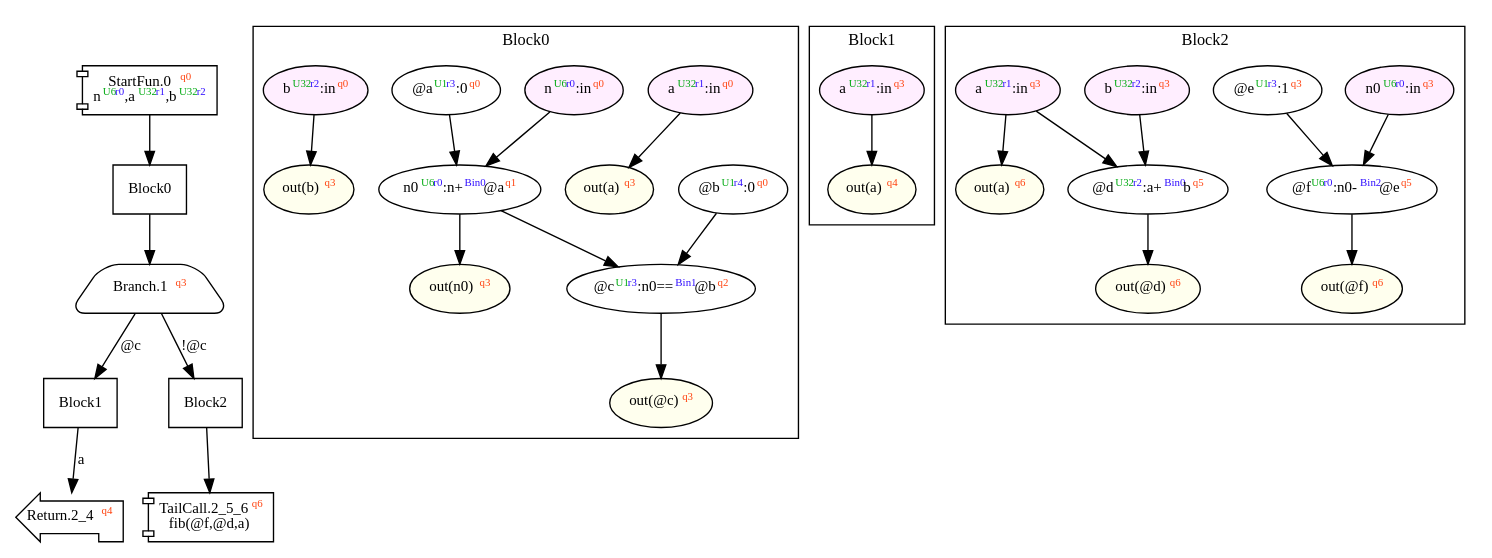
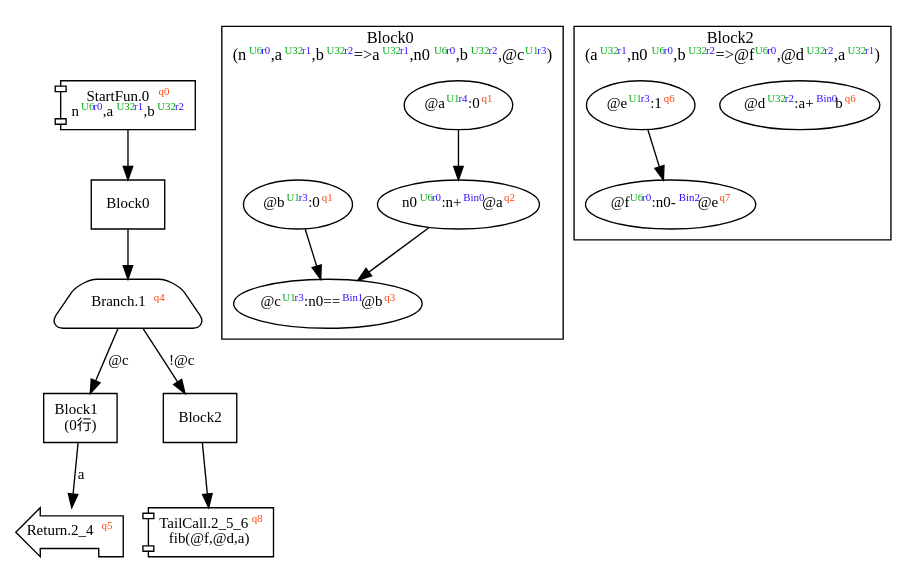
Before and after one commit to akouryy/SyntheScala: the diagram in dist/fib.dot, drawn with Graphviz. The commit also changed 32 other files, not shown here.

```diff
--- a/dist/fib.dot
+++ b/dist/fib.dot
@@ -1,71 +1,40 @@
 digraph Program_ {
   graph [fontname = "Monaco", fontsize = 12, ranksep = 0.5];
   node [shape = box, fontname = "Monaco", fontsize = 11; colorscheme = pastel19];
   edge [fontname = "Monaco", fontsize = 11; colorscheme = pastel19];
   Jump0[label = <StartFun.0<font color="#ff4411" point-size="8"><sup>q0</sup></font><br/>n<font color="#00aa11" point-size="8"><sup>U6</sup></font><font color="#3311ff" point-size="8"><sup>r0</sup></font>,a<font color="#00aa11" point-size="8"><sup>U32</sup></font><font color="#3311ff" point-size="8"><sup>r1</sup></font>,b<font color="#00aa11" point-size="8"><sup>U32</sup></font><font color="#3311ff" point-size="8"><sup>r2</sup></font>>; shape = component];
   Jump0 -> Block0;
   Jump1[
-    label = <Branch.1<font color="#ff4411" point-size="8"><sup>q3</sup></font>>;
+    label = <Branch.1<font color="#ff4411" point-size="8"><sup>q4</sup></font>>;
     shape = trapezium; style = rounded;
   ];
   Block0 -> Jump1;
   Jump1 -> Block1 [label="@c"];
   Jump1 -> Block2 [label="!@c"];
-  Jump2_4[label = <Return.2_4<font color="#ff4411" point-size="8"><sup>q4</sup></font>>; shape = lpromoter];
+  Jump2_4[label = <Return.2_4<font color="#ff4411" point-size="8"><sup>q5</sup></font>>; shape = lpromoter];
   Block1 -> Jump2_4 [label="a"];
-  Jump2_5_6[label = <TailCall.2_5_6<font color="#ff4411" point-size="8"><sup>q6</sup></font><br/>fib(@f,@d,a)>; shape = component];
+  Jump2_5_6[label = <TailCall.2_5_6<font color="#ff4411" point-size="8"><sup>q8</sup></font><br/>fib(@f,@d,a)>; shape = component];
   Block2 -> Jump2_5_6;
   Block0 [label = "Block0"];
-  Block1 [label = "Block1"];
+  Block1 [label = "Block1\l(0行)"];
   Block2 [label = "Block2"];
   subgraph cluster_dfg_Block0 {
     node [shape = oval];
-    label = "Block0";
-    0 [label=<@a<font color="#00aa11" point-size="8"><sup>U1</sup></font><font color="#3311ff" point-size="8"><sup>r3</sup></font>:0<font color="#ff4411" point-size="8"><sup>q0</sup></font>>; ];
-    20 [label=<out(n0)<font color="#ff4411" point-size="8"><sup>q3</sup></font>>; style="filled"; fillcolor="#ffffee";];
-    1 [label=<n0<font color="#00aa11" point-size="8"><sup>U6</sup></font><font color="#3311ff" point-size="8"><sup>r0</sup></font>:n+<font color="#3311ff" point-size="8"><sup>Bin0</sup></font>@a<font color="#ff4411" point-size="8"><sup>q1</sup></font>>; ];
-    21 [label=<out(b)<font color="#ff4411" point-size="8"><sup>q3</sup></font>>; style="filled"; fillcolor="#ffffee";];
-    2 [label=<@b<font color="#00aa11" point-size="8"><sup>U1</sup></font><font color="#3311ff" point-size="8"><sup>r4</sup></font>:0<font color="#ff4411" point-size="8"><sup>q0</sup></font>>; ];
-    17 [label=<a<font color="#00aa11" point-size="8"><sup>U32</sup></font><font color="#3311ff" point-size="8"><sup>r1</sup></font>:in<font color="#ff4411" point-size="8"><sup>q0</sup></font>>; style="filled"; fillcolor="#ffeeff";];
-    22 [label=<out(@c)<font color="#ff4411" point-size="8"><sup>q3</sup></font>>; style="filled"; fillcolor="#ffffee";];
-    3 [label=<@c<font color="#00aa11" point-size="8"><sup>U1</sup></font><font color="#3311ff" point-size="8"><sup>r3</sup></font>:n0==<font color="#3311ff" point-size="8"><sup>Bin1</sup></font>@b<font color="#ff4411" point-size="8"><sup>q2</sup></font>>; ];
-    18 [label=<b<font color="#00aa11" point-size="8"><sup>U32</sup></font><font color="#3311ff" point-size="8"><sup>r2</sup></font>:in<font color="#ff4411" point-size="8"><sup>q0</sup></font>>; style="filled"; fillcolor="#ffeeff";];
-    16 [label=<n<font color="#00aa11" point-size="8"><sup>U6</sup></font><font color="#3311ff" point-size="8"><sup>r0</sup></font>:in<font color="#ff4411" point-size="8"><sup>q0</sup></font>>; style="filled"; fillcolor="#ffeeff";];
-    19 [label=<out(a)<font color="#ff4411" point-size="8"><sup>q3</sup></font>>; style="filled"; fillcolor="#ffffee";];
+    label = <Block0<br/>(n<font color="#00aa11" point-size="8"><sup>U6</sup></font><font color="#3311ff" point-size="8"><sup>r0</sup></font>,a<font color="#00aa11" point-size="8"><sup>U32</sup></font><font color="#3311ff" point-size="8"><sup>r1</sup></font>,b<font color="#00aa11" point-size="8"><sup>U32</sup></font><font color="#3311ff" point-size="8"><sup>r2</sup></font>=&gt;a<font color="#00aa11" point-size="8"><sup>U32</sup></font><font color="#3311ff" point-size="8"><sup>r1</sup></font>,n0<font color="#00aa11" point-size="8"><sup>U6</sup></font><font color="#3311ff" point-size="8"><sup>r0</sup></font>,b<font color="#00aa11" point-size="8"><sup>U32</sup></font><font color="#3311ff" point-size="8"><sup>r2</sup></font>,@c<font color="#00aa11" point-size="8"><sup>U1</sup></font><font color="#3311ff" point-size="8"><sup>r3</sup></font>)>;
+    0 [label=<@a<font color="#00aa11" point-size="8"><sup>U1</sup></font><font color="#3311ff" point-size="8"><sup>r4</sup></font>:0<font color="#ff4411" point-size="8"><sup>q1</sup></font>>];
+    1 [label=<n0<font color="#00aa11" point-size="8"><sup>U6</sup></font><font color="#3311ff" point-size="8"><sup>r0</sup></font>:n+<font color="#3311ff" point-size="8"><sup>Bin0</sup></font>@a<font color="#ff4411" point-size="8"><sup>q2</sup></font>>];
+    2 [label=<@b<font color="#00aa11" point-size="8"><sup>U1</sup></font><font color="#3311ff" point-size="8"><sup>r3</sup></font>:0<font color="#ff4411" point-size="8"><sup>q1</sup></font>>];
+    3 [label=<@c<font color="#00aa11" point-size="8"><sup>U1</sup></font><font color="#3311ff" point-size="8"><sup>r3</sup></font>:n0==<font color="#3311ff" point-size="8"><sup>Bin1</sup></font>@b<font color="#ff4411" point-size="8"><sup>q3</sup></font>>];
     0 -> 1;
     1 -> 3;
-    1 -> 20;
     2 -> 3;
-    3 -> 22;
-    16 -> 1;
-    17 -> 19;
-    18 -> 21;
-  }
-  subgraph cluster_dfg_Block1 {
-    node [shape = oval];
-    label = "Block1";
-    10 [label=<a<font color="#00aa11" point-size="8"><sup>U32</sup></font><font color="#3311ff" point-size="8"><sup>r1</sup></font>:in<font color="#ff4411" point-size="8"><sup>q3</sup></font>>; style="filled"; fillcolor="#ffeeff";];
-    11 [label=<out(a)<font color="#ff4411" point-size="8"><sup>q4</sup></font>>; style="filled"; fillcolor="#ffffee";];
-    10 -> 11;
   }
   subgraph cluster_dfg_Block2 {
     node [shape = oval];
-    label = "Block2";
-    5 [label=<@e<font color="#00aa11" point-size="8"><sup>U1</sup></font><font color="#3311ff" point-size="8"><sup>r3</sup></font>:1<font color="#ff4411" point-size="8"><sup>q3</sup></font>>; ];
-    14 [label=<b<font color="#00aa11" point-size="8"><sup>U32</sup></font><font color="#3311ff" point-size="8"><sup>r2</sup></font>:in<font color="#ff4411" point-size="8"><sup>q3</sup></font>>; style="filled"; fillcolor="#ffeeff";];
-    6 [label=<@f<font color="#00aa11" point-size="8"><sup>U6</sup></font><font color="#3311ff" point-size="8"><sup>r0</sup></font>:n0-<font color="#3311ff" point-size="8"><sup>Bin2</sup></font>@e<font color="#ff4411" point-size="8"><sup>q5</sup></font>>; ];
-    13 [label=<n0<font color="#00aa11" point-size="8"><sup>U6</sup></font><font color="#3311ff" point-size="8"><sup>r0</sup></font>:in<font color="#ff4411" point-size="8"><sup>q3</sup></font>>; style="filled"; fillcolor="#ffeeff";];
-    12 [label=<a<font color="#00aa11" point-size="8"><sup>U32</sup></font><font color="#3311ff" point-size="8"><sup>r1</sup></font>:in<font color="#ff4411" point-size="8"><sup>q3</sup></font>>; style="filled"; fillcolor="#ffeeff";];
-    23 [label=<out(@f)<font color="#ff4411" point-size="8"><sup>q6</sup></font>>; style="filled"; fillcolor="#ffffee";];
-    4 [label=<@d<font color="#00aa11" point-size="8"><sup>U32</sup></font><font color="#3311ff" point-size="8"><sup>r2</sup></font>:a+<font color="#3311ff" point-size="8"><sup>Bin0</sup></font>b<font color="#ff4411" point-size="8"><sup>q5</sup></font>>; ];
-    24 [label=<out(@d)<font color="#ff4411" point-size="8"><sup>q6</sup></font>>; style="filled"; fillcolor="#ffffee";];
-    25 [label=<out(a)<font color="#ff4411" point-size="8"><sup>q6</sup></font>>; style="filled"; fillcolor="#ffffee";];
-    4 -> 24;
+    label = <Block2<br/>(a<font color="#00aa11" point-size="8"><sup>U32</sup></font><font color="#3311ff" point-size="8"><sup>r1</sup></font>,n0<font color="#00aa11" point-size="8"><sup>U6</sup></font><font color="#3311ff" point-size="8"><sup>r0</sup></font>,b<font color="#00aa11" point-size="8"><sup>U32</sup></font><font color="#3311ff" point-size="8"><sup>r2</sup></font>=&gt;@f<font color="#00aa11" point-size="8"><sup>U6</sup></font><font color="#3311ff" point-size="8"><sup>r0</sup></font>,@d<font color="#00aa11" point-size="8"><sup>U32</sup></font><font color="#3311ff" point-size="8"><sup>r2</sup></font>,a<font color="#00aa11" point-size="8"><sup>U32</sup></font><font color="#3311ff" point-size="8"><sup>r1</sup></font>)>;
+    4 [label=<@d<font color="#00aa11" point-size="8"><sup>U32</sup></font><font color="#3311ff" point-size="8"><sup>r2</sup></font>:a+<font color="#3311ff" point-size="8"><sup>Bin0</sup></font>b<font color="#ff4411" point-size="8"><sup>q6</sup></font>>];
+    5 [label=<@e<font color="#00aa11" point-size="8"><sup>U1</sup></font><font color="#3311ff" point-size="8"><sup>r3</sup></font>:1<font color="#ff4411" point-size="8"><sup>q6</sup></font>>];
+    6 [label=<@f<font color="#00aa11" point-size="8"><sup>U6</sup></font><font color="#3311ff" point-size="8"><sup>r0</sup></font>:n0-<font color="#3311ff" point-size="8"><sup>Bin2</sup></font>@e<font color="#ff4411" point-size="8"><sup>q7</sup></font>>];
     5 -> 6;
-    6 -> 23;
-    12 -> 4;
-    12 -> 25;
-    13 -> 6;
-    14 -> 4;
   }
 }
```
